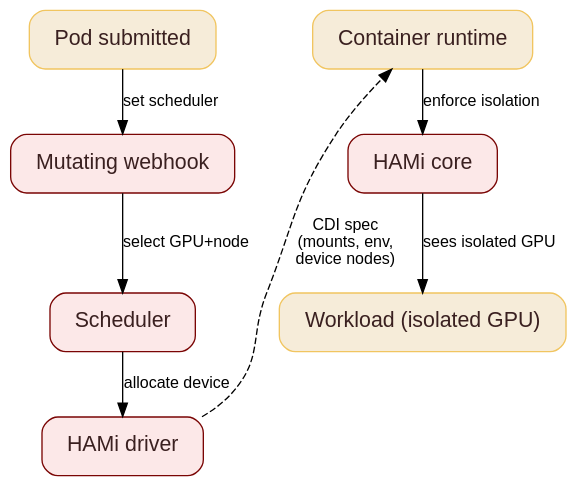
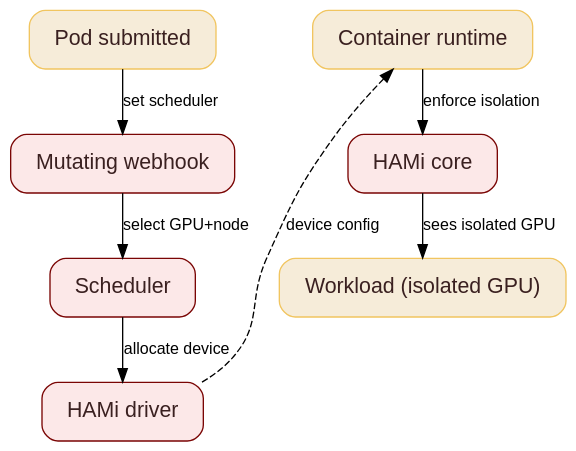
Before and after one commit to fishman/talks: the diagram in snow_corp_cncf.md, drawn with Graphviz. The commit also changed other lines of this file and 1 other file, not shown here.

````diff
--- a/snow_corp_cncf.md
+++ b/snow_corp_cncf.md
@@ -300,30 +301,30 @@
 ```dot
 digraph G {
   rankdir=TB
   bgcolor=transparent
   node [shape=box style="rounded,filled" fontname="Arial" fontsize=16 margin="0.25,0.18"]
   edge [fontname="Arial" fontsize=12]
 
   pod [label="Pod submitted" fillcolor="#F6ECD9" color="#F1C560" fontcolor="#3a2020"]
   webhook [label="Mutating webhook" fillcolor="#fce8e8" color="#7A0504" fontcolor="#3a2020"]
   sched [label="Scheduler" fillcolor="#fce8e8" color="#7A0504" fontcolor="#3a2020"]
   device [label="HAMi driver" fillcolor="#fce8e8" color="#7A0504" fontcolor="#3a2020"]
 
   runtime [label="Container runtime" fillcolor="#F6ECD9" color="#F1C560" fontcolor="#3a2020"]
   core [label="HAMi core" fillcolor="#fce8e8" color="#7A0504" fontcolor="#3a2020"]
   workload [label="Workload (isolated GPU)" fillcolor="#F6ECD9" color="#F1C560" fontcolor="#3a2020"]
 
   { rank=same; pod; runtime }
   { rank=same; webhook; core }
   { rank=same; sched; workload }
 
   pod -> webhook [label="set scheduler"]
   webhook -> sched [label="select GPU+node"]
   sched -> device [label="allocate device"]
 
-  device -> runtime [label="CDI spec\n(mounts, env,\ndevice nodes)" constraint=false style=dashed exitX=1 exitY=0.5 entryX=0 entryY=0.5]
+  device -> runtime [label="device config" constraint=false style=dashed exitX=1 exitY=0.5 entryX=0 entryY=0.5]
 
   runtime -> core [label="enforce isolation"]
   core -> workload [label="sees isolated GPU"]
 }
 ```
````
